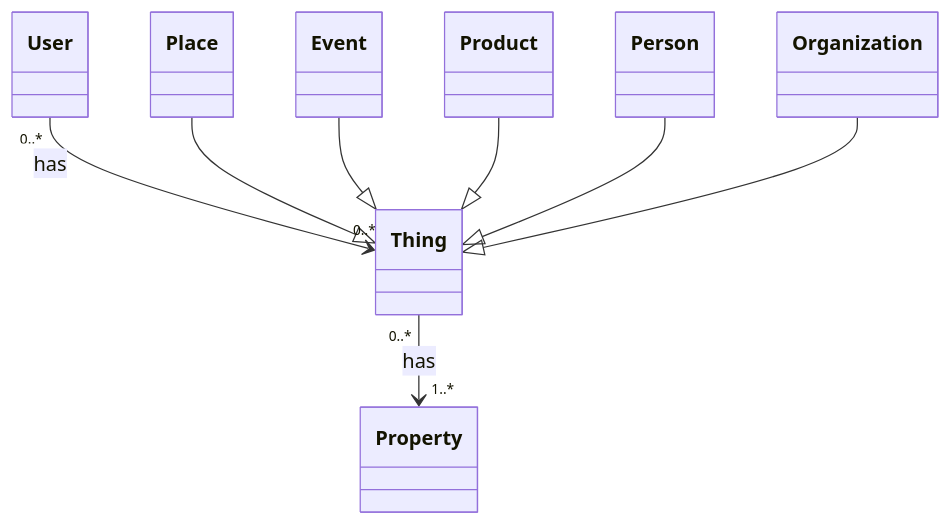
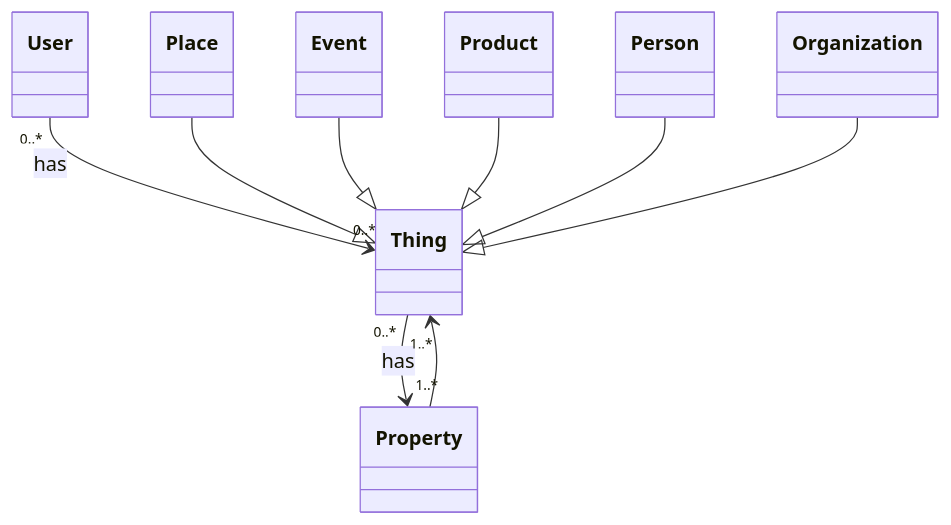
The diagram in docs/de/08_concepts.md (OpenDataSpace-io/docs), drawn with Mermaid before and after one commit.

Commit message:
fix domain model association property thing

````diff
--- a/docs/de/08_concepts.md
+++ b/docs/de/08_concepts.md
@@ -7,27 +7,28 @@
 ```mermaid
 classDiagram
     class User{
 
     }
     class Thing{
 
     }
     class Property{
 
     }
 
     class Place
     class Event
     class Product
     class Person
     class Organization
 
     Thing "0..*" --> "1..*" Property : has
     User "0..*" --> "0..*" Thing : has
     Place --|> Thing
     Event --|> Thing
     Product --|> Thing
     Person --|> Thing
     Organization --|> Thing
+    Property --> "1..*" Thing 
 
 ```
````
